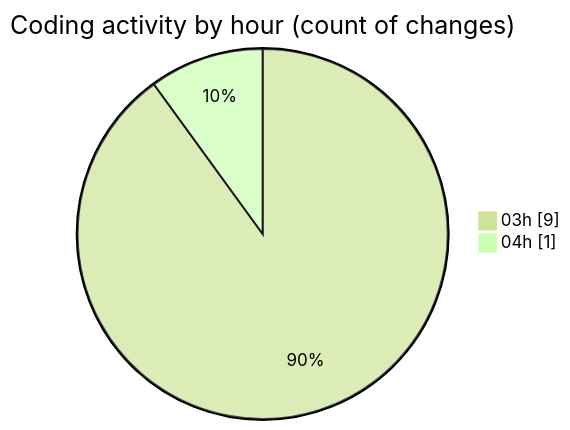
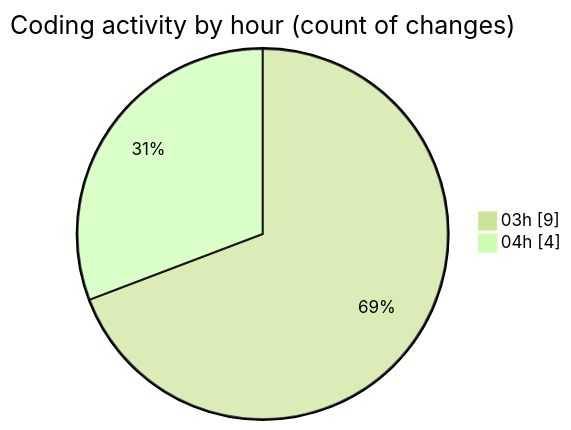
Before and after one commit to julien-gomy/code-tracking: the second of 2 diagrams in 2025-10-30/eventscop-frontend-guide__workspace_/README.md, drawn with Mermaid (forest theme). The commit also changed other lines of this file and 1 other file, not shown here.

````diff
--- a/2025-10-30/eventscop-frontend-guide__workspace_/README.md
+++ b/2025-10-30/eventscop-frontend-guide__workspace_/README.md
@@ -32,6 +36,6 @@
 ```mermaid
 pie showData
 title Coding activity by hour (count of changes)
 "03h" : 9
-"04h" : 1
+"04h" : 4
 ```
````
